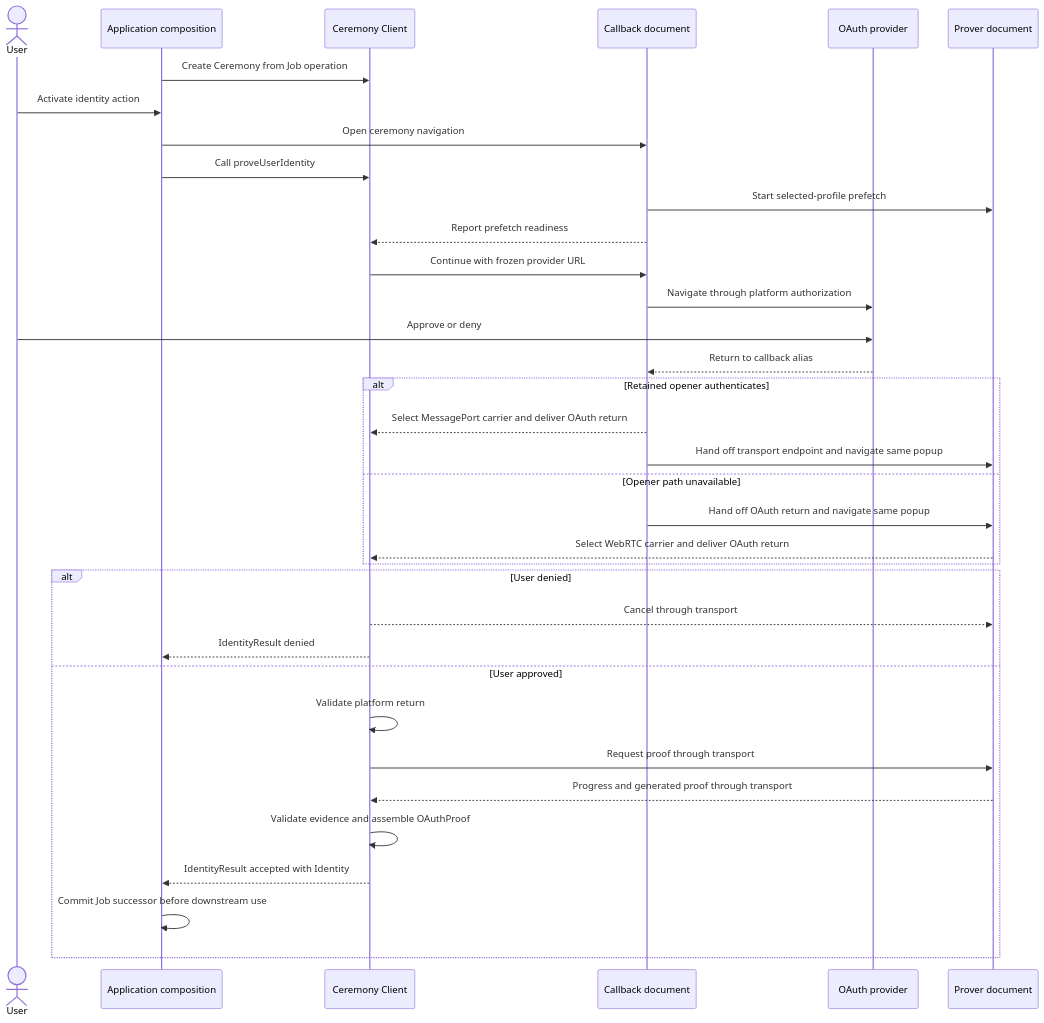
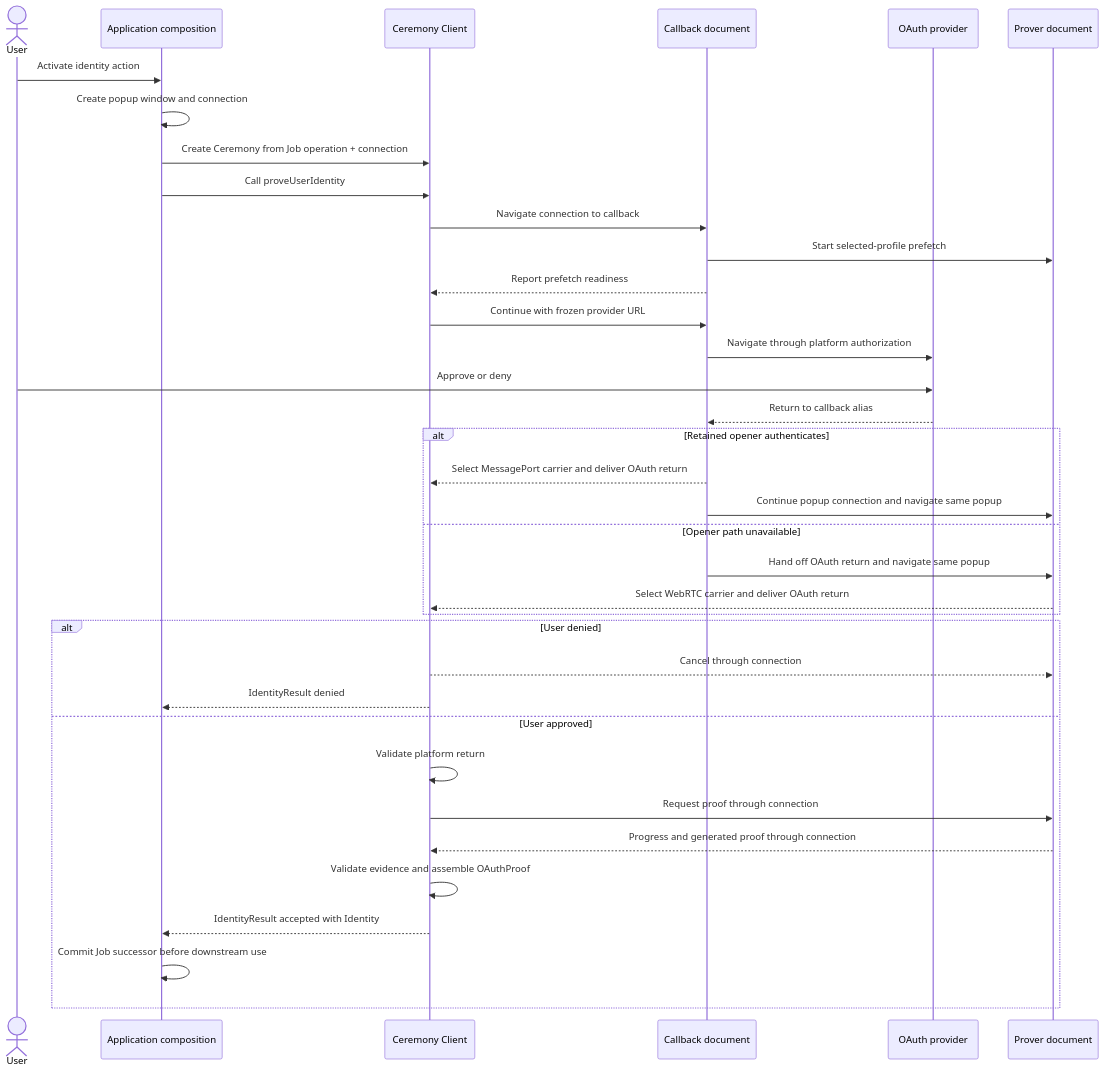
Before and after one commit to libid-org/libid: the diagram in ts/packages/ceremony/ARCHITECTURE.md, drawn with Mermaid. The commit also changed other lines of this file and 2 other files, not shown here.

Commit message:
Consume the external popup connection

````diff
--- a/ts/packages/ceremony/ARCHITECTURE.md
+++ b/ts/packages/ceremony/ARCHITECTURE.md
@@ -44,38 +42,39 @@
 ```mermaid
 sequenceDiagram
     actor U as User
     participant A as Application composition
     participant C as Ceremony Client
     participant P as Callback document
     participant O as OAuth provider
     participant R as Prover document
 
-    A->>C: Create Ceremony from Job operation
     U->>A: Activate identity action
-    A->>P: Open ceremony navigation
+    A->>A: Create popup window and connection
+    A->>C: Create Ceremony from Job operation + connection
     A->>C: Call proveUserIdentity
+    C->>P: Navigate connection to callback
     P->>R: Start selected-profile prefetch
     P-->>C: Report prefetch readiness
     C->>P: Continue with frozen provider URL
     P->>O: Navigate through platform authorization
     U->>O: Approve or deny
     O-->>P: Return to callback alias
     alt Retained opener authenticates
         P-->>C: Select MessagePort carrier and deliver OAuth return
-        P->>R: Hand off transport endpoint and navigate same popup
+        P->>R: Continue popup connection and navigate same popup
     else Opener path unavailable
         P->>R: Hand off OAuth return and navigate same popup
         R-->>C: Select WebRTC carrier and deliver OAuth return
     end
     alt User denied
-        C-->>R: Cancel through transport
+        C-->>R: Cancel through connection
         C-->>A: IdentityResult denied
     else User approved
         C->>C: Validate platform return
-        C->>R: Request proof through transport
-        R-->>C: Progress and generated proof through transport
+        C->>R: Request proof through connection
+        R-->>C: Progress and generated proof through connection
         C->>C: Validate evidence and assemble OAuthProof
         C-->>A: IdentityResult accepted with Identity
         A->>A: Commit Job successor before downstream use
     end
 ```
````
